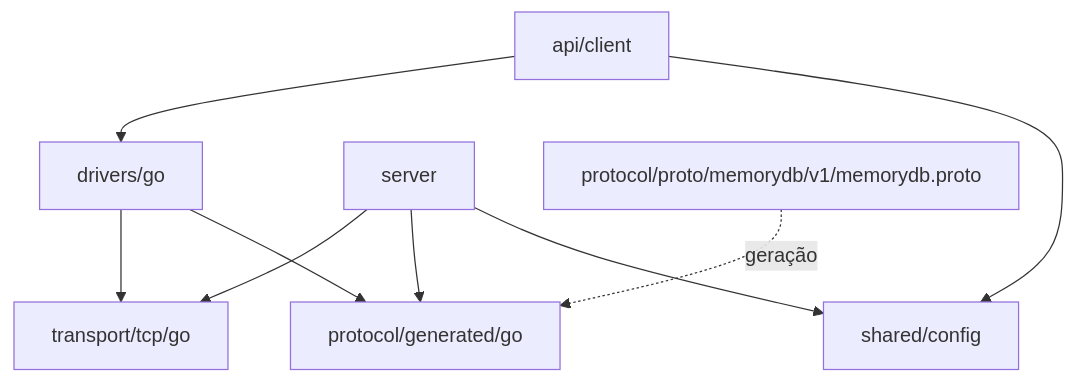
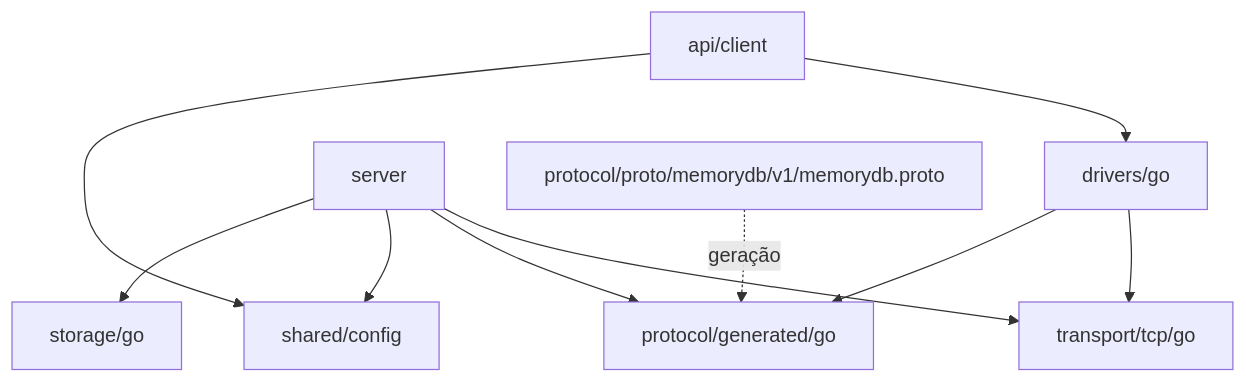
One commit to pescador95/memorydb changed the first of 3 diagrams in docs/tecnica/ARQUITETURA.md. Above: the diagram before and after it, drawn with Mermaid. The commit also changed other lines of this file and 6 other files, not shown here.

````diff
--- a/docs/tecnica/ARQUITETURA.md
+++ b/docs/tecnica/ARQUITETURA.md
@@ -54,14 +61,15 @@
 ```mermaid
 flowchart TD
     API["api/client"] --> Driver["drivers/go"]
     API --> Shared["shared/config"]
     Driver --> TCP["transport/tcp/go"]
     Driver --> Generated["protocol/generated/go"]
 
     Server["server"] --> TCP
     Server --> Generated
     Server --> Shared
+    Server --> Storage["storage/go"]
 
     Schema["protocol/proto/memorydb/v1/memorydb.proto"]
     Schema -. geração .-> Generated
 ```
````
